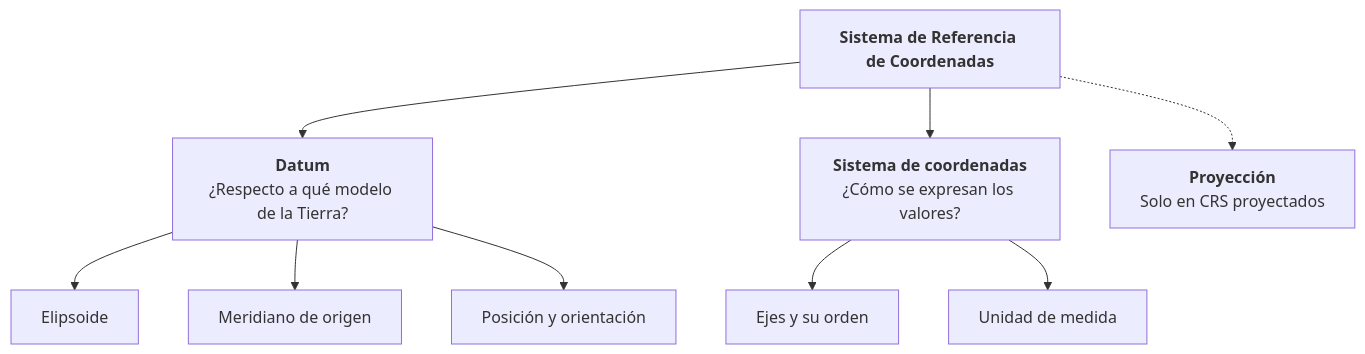
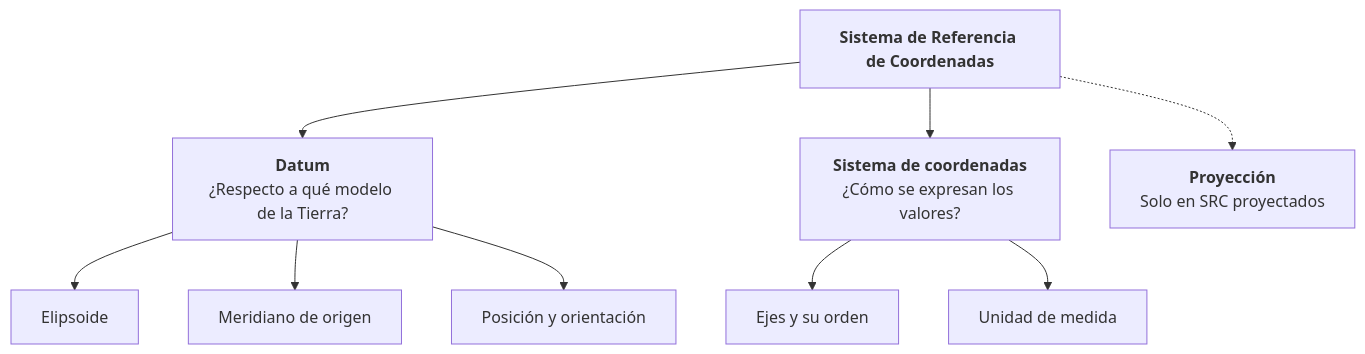
The first of 2 diagrams in docs/modulo-01/04-sistemas-referencia.md (CHpass369/106_curso_qgis_introductorio), drawn with Mermaid before and after one commit. The commit also changed other lines of this file and 16 other files, not shown here.

````diff
--- a/docs/modulo-01/04-sistemas-referencia.md
+++ b/docs/modulo-01/04-sistemas-referencia.md
@@ -56,20 +60,20 @@
 ```mermaid
 flowchart TB
     CRS["<b>Sistema de Referencia de Coordenadas</b>"]
     DAT["<b>Datum</b><br/>¿Respecto a qué modelo de la Tierra?"]
     CS["<b>Sistema de coordenadas</b><br/>¿Cómo se expresan los valores?"]
-    PRO["<b>Proyección</b><br/>Solo en CRS proyectados"]
+    PRO["<b>Proyección</b><br/>Solo en SRC proyectados"]
     ELI["Elipsoide"]
     MER["Meridiano de origen"]
     POS["Posición y orientación"]
     EJE["Ejes y su orden"]
     UNI["Unidad de medida"]
     CRS --> DAT
     CRS --> CS
     CRS -.-> PRO
     DAT --> ELI
     DAT --> MER
     DAT --> POS
     CS --> EJE
     CS --> UNI
 ```
````
